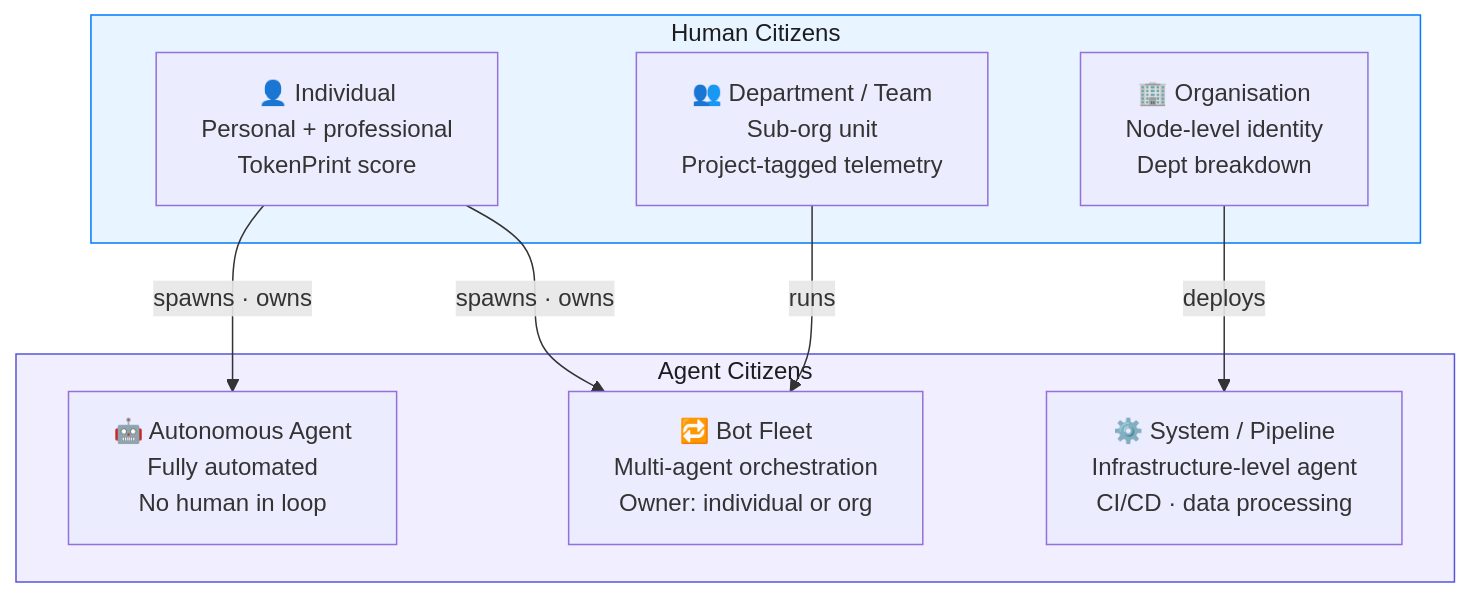
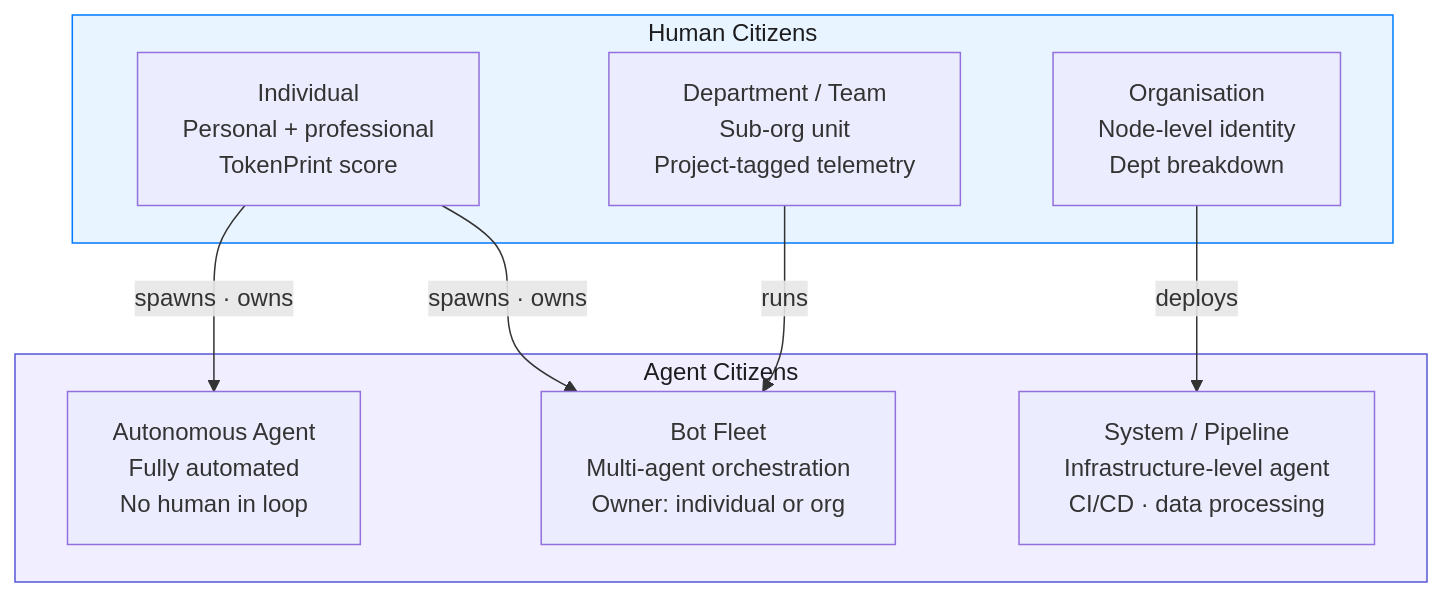
One commit to vishalm/hivehq changed the sixth of 12 diagrams in docs/identity.md. Above: the diagram before and after it, drawn with Mermaid. The commit also changed other lines of this file and 6 other files, not shown here.

````diff
--- a/docs/identity.md
+++ b/docs/identity.md
@@ -183,22 +183,22 @@
 ```mermaid
 graph TB
     subgraph HUMAN ["Human Citizens"]
-        IND["👤 Individual\nPersonal + professional\nTokenPrint score"]
-        ORG["🏢 Organisation\nNode-level identity\nDept breakdown"]
-        DEPT["👥 Department / Team\nSub-org unit\nProject-tagged telemetry"]
+        IND["Individual\nPersonal + professional\nTokenPrint score"]
+        ORG["Organisation\nNode-level identity\nDept breakdown"]
+        DEPT["Department / Team\nSub-org unit\nProject-tagged telemetry"]
     end
 
     subgraph AGENT ["Agent Citizens"]
-        AUT["🤖 Autonomous Agent\nFully automated\nNo human in loop"]
-        BOT["🔁 Bot Fleet\nMulti-agent orchestration\nOwner: individual or org"]
-        SYS["⚙️ System / Pipeline\nInfrastructure-level agent\nCI/CD · data processing"]
+        AUT["Autonomous Agent\nFully automated\nNo human in loop"]
+        BOT["Bot Fleet\nMulti-agent orchestration\nOwner: individual or org"]
+        SYS["System / Pipeline\nInfrastructure-level agent\nCI/CD · data processing"]
     end
 
     IND -->|"spawns · owns"| AUT
     IND -->|"spawns · owns"| BOT
     ORG -->|"deploys"| SYS
     DEPT -->|"runs"| BOT
 
     style HUMAN fill:#E8F4FF,stroke:#007AFF,color:#1D1D1F
     style AGENT fill:#F0EEFF,stroke:#5856D6,color:#1D1D1F
 ```
````
